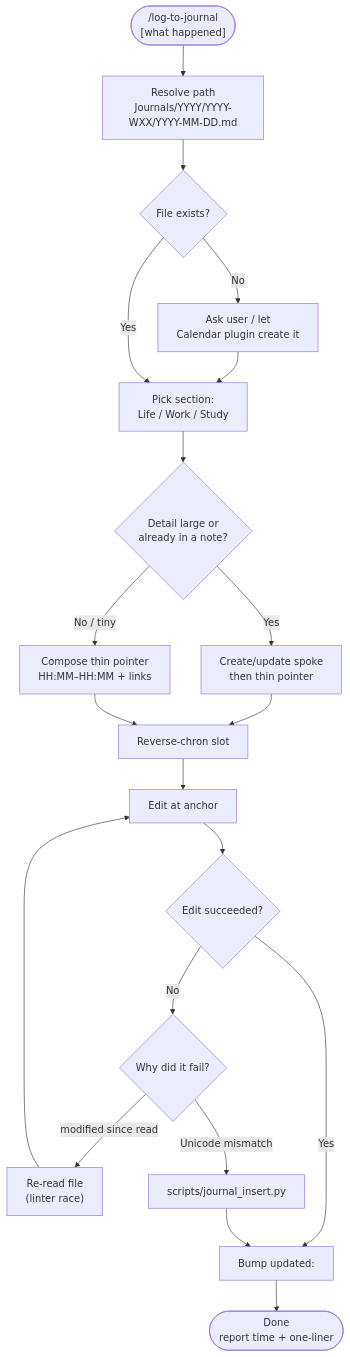
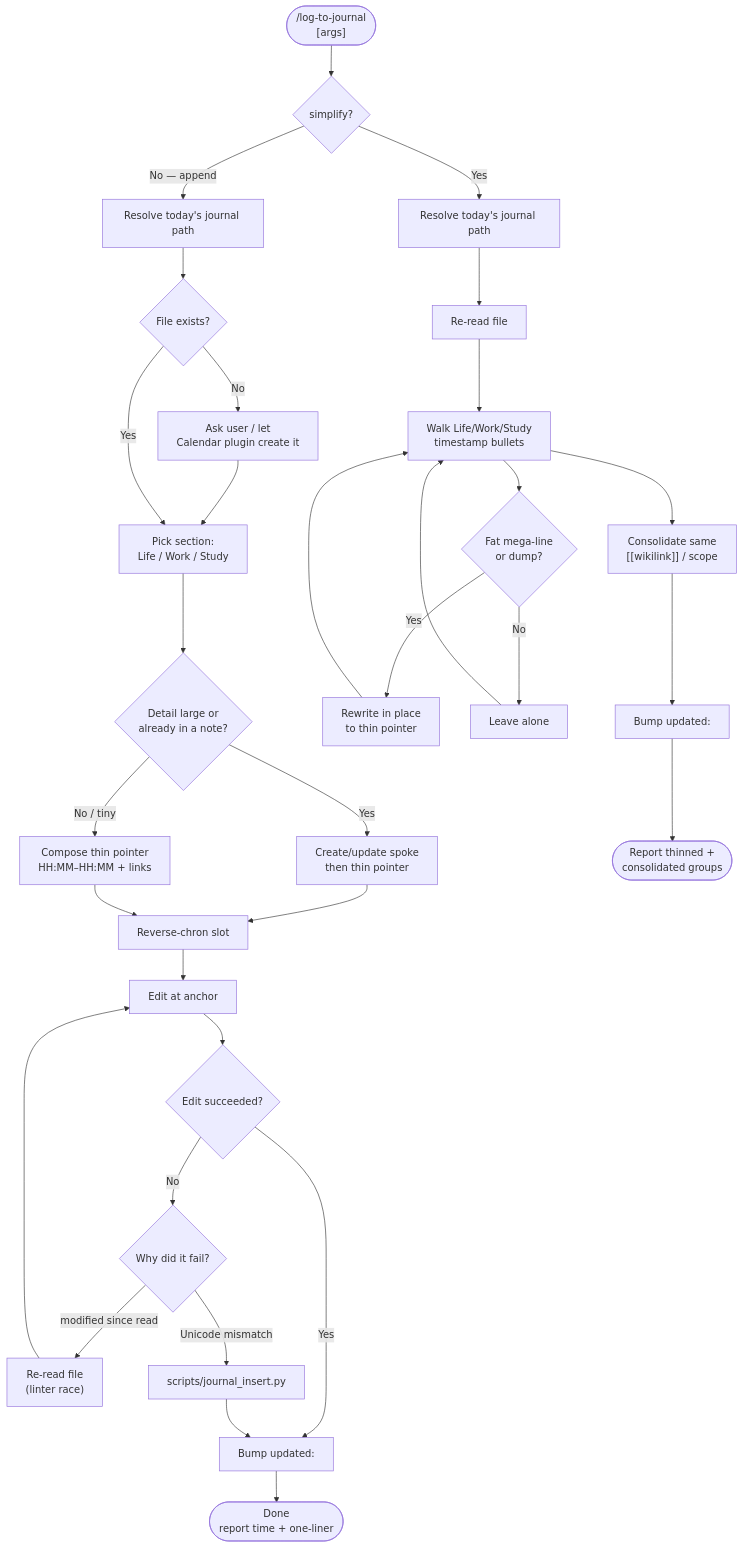
Before and after one commit to biomystery/claude-skills: the diagram in log-to-journal/README.md, drawn with Mermaid. The commit also changed other lines of this file and 1 other file, not shown here.

Commit message:
log-to-journal: add simplify mode with same-wikilink consolidate
Teach /log-to-journal simplify to thin fat daily entries in place, then merge edits that share a primary [[wikilink]] into one range with timestamped sub-lines.

````diff
--- a/log-to-journal/README.md
+++ b/log-to-journal/README.md
@@ -35,32 +36,46 @@
 ```mermaid
 flowchart TD
-    start(["/log-to-journal\n[what happened]"])
-    resolve["Resolve path\nJournals/YYYY/YYYY-WXX/YYYY-MM-DD.md"]
+    start(["/log-to-journal\n[args]"])
+    mode{"simplify?"}
+    resolveA["Resolve today's journal path"]
     exists{File exists?}
     ask["Ask user / let\nCalendar plugin create it"]
     section["Pick section:\nLife / Work / Study"]
     spoke{"Detail large or\nalready in a note?"}
     linkonly["Compose thin pointer\nHH:MM–HH:MM + links"]
     create["Create/update spoke\nthen thin pointer"]
     place["Reverse-chron slot"]
     edit["Edit at anchor"]
     ok{Edit succeeded?}
     why{Why did it fail?}
     reread["Re-read file\n(linter race)"]
     pyscript["scripts/journal_insert.py"]
     stamp["Bump updated:"]
     done(["Done\nreport time + one-liner"])
+    resolveS["Resolve today's journal path"]
+    simpRead["Re-read file"]
+    simpWalk["Walk Life/Work/Study\ntimestamp bullets"]
+    simpFat{"Fat mega-line\nor dump?"}
+    simpRewrite["Rewrite in place\nto thin pointer"]
+    simpSkip["Leave alone"]
+    simpMerge["Consolidate same\n[[wikilink]] / scope"]
+    simpStamp["Bump updated:"]
+    simpDone(["Report thinned +\nconsolidated groups"])
 
-    start --> resolve --> exists
+    start --> mode
+    mode -->|No — append| resolveA --> exists
     exists -->|No| ask --> section
     exists -->|Yes| section
     section --> spoke
     spoke -->|Yes| create --> place
     spoke -->|No / tiny| linkonly --> place
     place --> edit --> ok
-    ok -->|Yes| stamp
+    ok -->|Yes| stamp --> done
     ok -->|No| why
     why -->|modified since read| reread --> edit
     why -->|Unicode mismatch| pyscript --> stamp
-    stamp --> done
+    mode -->|Yes| resolveS --> simpRead --> simpWalk --> simpFat
+    simpFat -->|Yes| simpRewrite --> simpWalk
+    simpFat -->|No| simpSkip --> simpWalk
+    simpWalk --> simpMerge --> simpStamp --> simpDone
 ```
````
